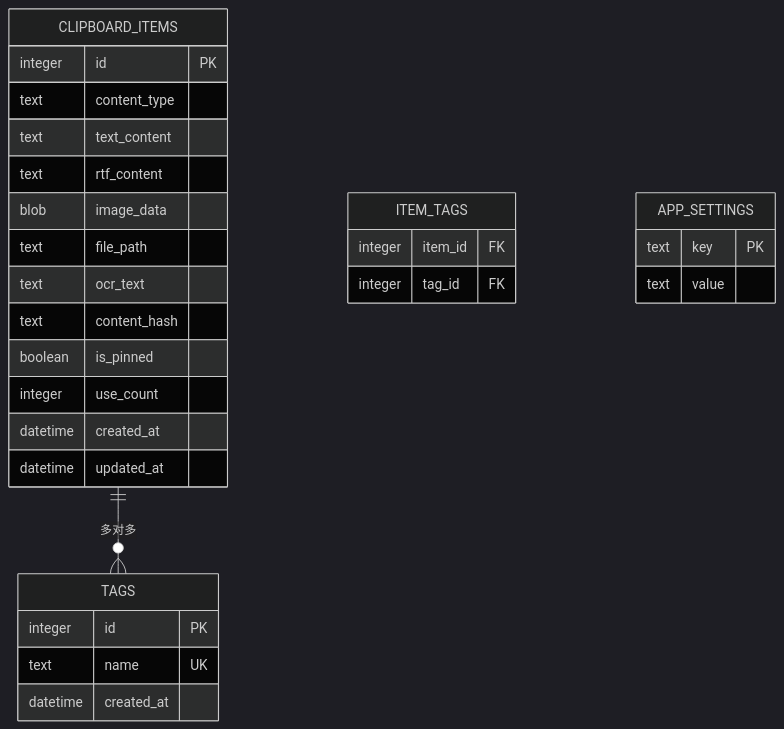
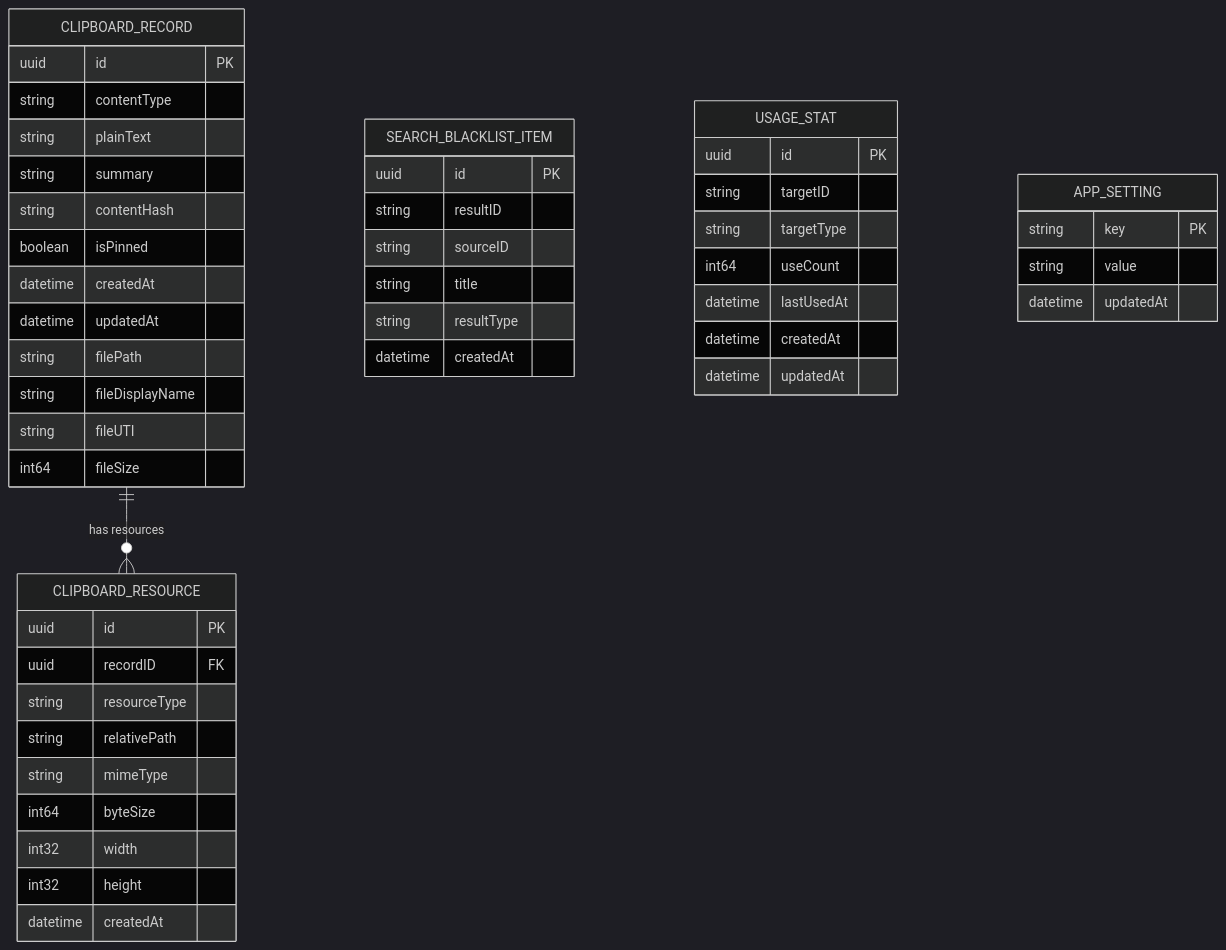
One commit to freeabyss/assistant changed the diagram in doc/architecture_db.md. Above: the diagram before and after it, drawn with Mermaid (dark theme). The commit also changed other lines of this file and 7 other files, not shown here.

````diff
--- a/doc/architecture_db.md
+++ b/doc/architecture_db.md
@@ -9,31 +31,51 @@
 ```mermaid
 erDiagram
-    CLIPBOARD_ITEMS ||--o{ TAGS : "多对多"
-    CLIPBOARD_ITEMS {
-        integer id PK
-        text content_type
-        text text_content
-        text rtf_content
-        blob image_data
-        text file_path
-        text ocr_text
-        text content_hash
-        boolean is_pinned
-        integer use_count
-        datetime created_at
-        datetime updated_at
+    CLIPBOARD_RECORD ||--o{ CLIPBOARD_RESOURCE : "has resources"
+    CLIPBOARD_RECORD {
+        uuid id PK
+        string contentType
+        string plainText
+        string summary
+        string contentHash
+        boolean isPinned
+        datetime createdAt
+        datetime updatedAt
+        string filePath
+        string fileDisplayName
+        string fileUTI
+        int64 fileSize
     }
-    TAGS {
-        integer id PK
-        text name UK
-        datetime created_at
+    CLIPBOARD_RESOURCE {
+        uuid id PK
+        uuid recordID FK
+        string resourceType
+        string relativePath
+        string mimeType
+        int64 byteSize
+        int32 width
+        int32 height
+        datetime createdAt
     }
-    ITEM_TAGS {
-        integer item_id FK
-        integer tag_id FK
+    SEARCH_BLACKLIST_ITEM {
+        uuid id PK
+        string resultID
+        string sourceID
+        string title
+        string resultType
+        datetime createdAt
     }
-    APP_SETTINGS {
-        text key PK
-        text value
+    USAGE_STAT {
+        uuid id PK
+        string targetID
+        string targetType
+        int64 useCount
+        datetime lastUsedAt
+        datetime createdAt
+        datetime updatedAt
+    }
+    APP_SETTING {
+        string key PK
+        string value
+        datetime updatedAt
     }
 ```
````
